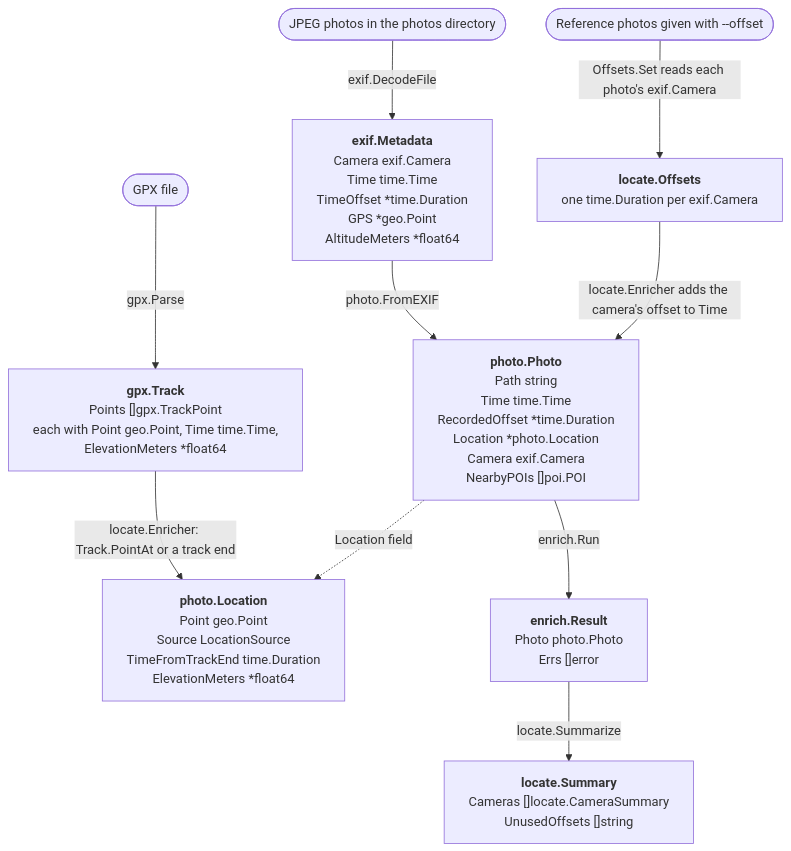
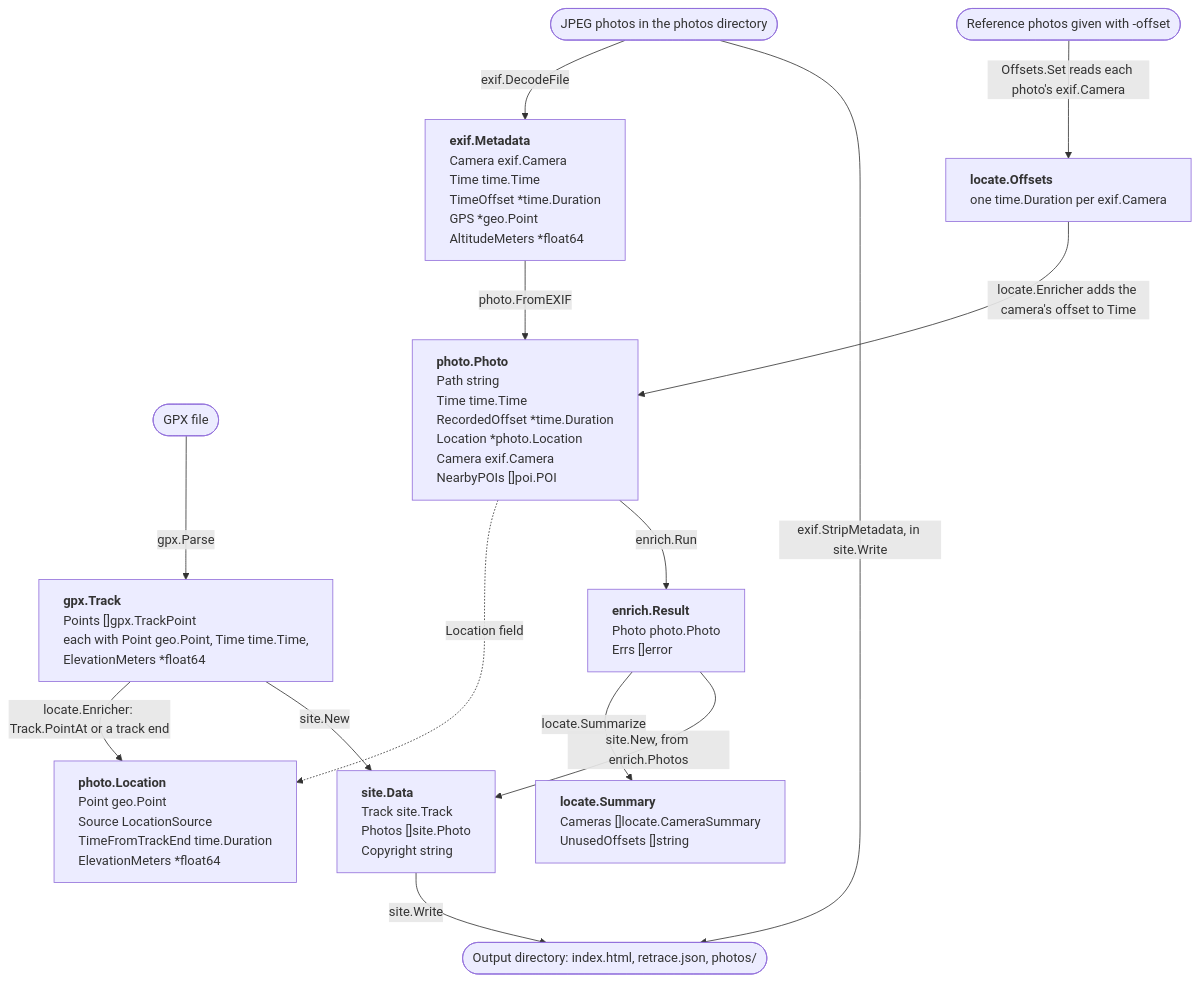
One commit to sh531/retrace changed the diagram in README.md. Above: the diagram before and after it, drawn with Mermaid. The commit also changed other lines of this file and 4 other files, not shown here.

````diff
--- a/README.md
+++ b/README.md
@@ -124,31 +135,41 @@
 ```mermaid
 ---
 config:
   flowchart:
     wrappingWidth: 400
 ---
 flowchart TD
     jpegs(["JPEG photos in the photos directory"])
     gpxFile(["GPX file"])
-    refPhotos(["Reference photos given with --offset"])
+    refPhotos(["Reference photos given with -offset"])
+    outDir(["Output directory: index.html, retrace.json, photos/"])
 
     Metadata["<b>exif.Metadata</b><br/>Camera exif.Camera<br/>Time time.Time<br/>TimeOffset *time.Duration<br/>GPS *geo.Point<br/>AltitudeMeters *float64"]
     Photo["<b>photo.Photo</b><br/>Path string<br/>Time time.Time<br/>RecordedOffset *time.Duration<br/>Location *photo.Location<br/>Camera exif.Camera<br/>NearbyPOIs []poi.POI"]
     Location["<b>photo.Location</b><br/>Point geo.Point<br/>Source LocationSource<br/>TimeFromTrackEnd time.Duration<br/>ElevationMeters *float64"]
     Track["<b>gpx.Track</b><br/>Points []gpx.TrackPoint<br/>each with Point geo.Point, Time time.Time,<br/>ElevationMeters *float64"]
     Offsets["<b>locate.Offsets</b><br/>one time.Duration per exif.Camera"]
     Result["<b>enrich.Result</b><br/>Photo photo.Photo<br/>Errs []error"]
     Summary["<b>locate.Summary</b><br/>Cameras []locate.CameraSummary<br/>UnusedOffsets []string"]
+    Data["<b>site.Data</b><br/>Track site.Track<br/>Photos []site.Photo<br/>Copyright string"]
 
     jpegs -->|exif.DecodeFile| Metadata
     Metadata -->|photo.FromEXIF| Photo
     gpxFile -->|gpx.Parse| Track
     refPhotos -->|"Offsets.Set reads each photo's exif.Camera"| Offsets
 
     Offsets -->|"locate.Enricher adds the camera's offset to Time"| Photo
     Track -->|"locate.Enricher: Track.PointAt or a track end"| Location
     Photo -.->|"Location field"| Location
 
     Photo -->|enrich.Run| Result
     Result -->|locate.Summarize| Summary
+
+    Result -->|"site.New, from enrich.Photos"| Data
+    Track -->|site.New| Data
+    Data -->|site.Write| outDir
+    jpegs -->|"exif.StripMetadata, in site.Write"| outDir
+
+    classDef struct text-align:left
+    class Metadata,Photo,Location,Track,Offsets,Result,Summary,Data struct
 ```
````
